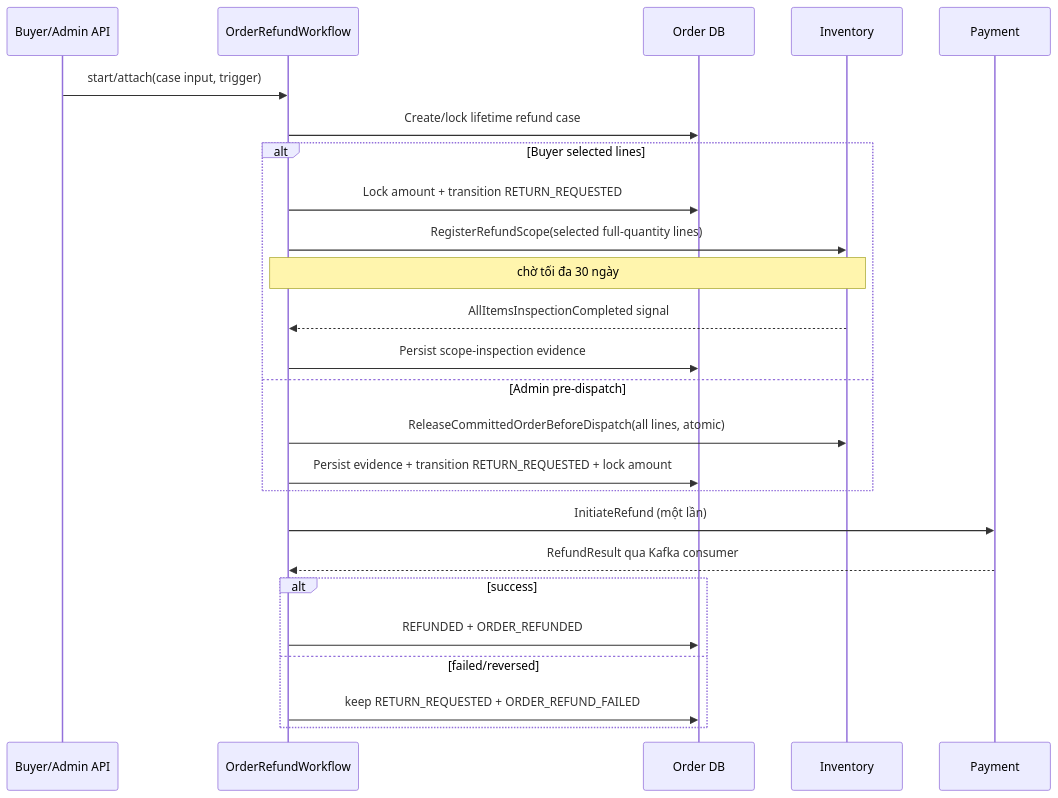
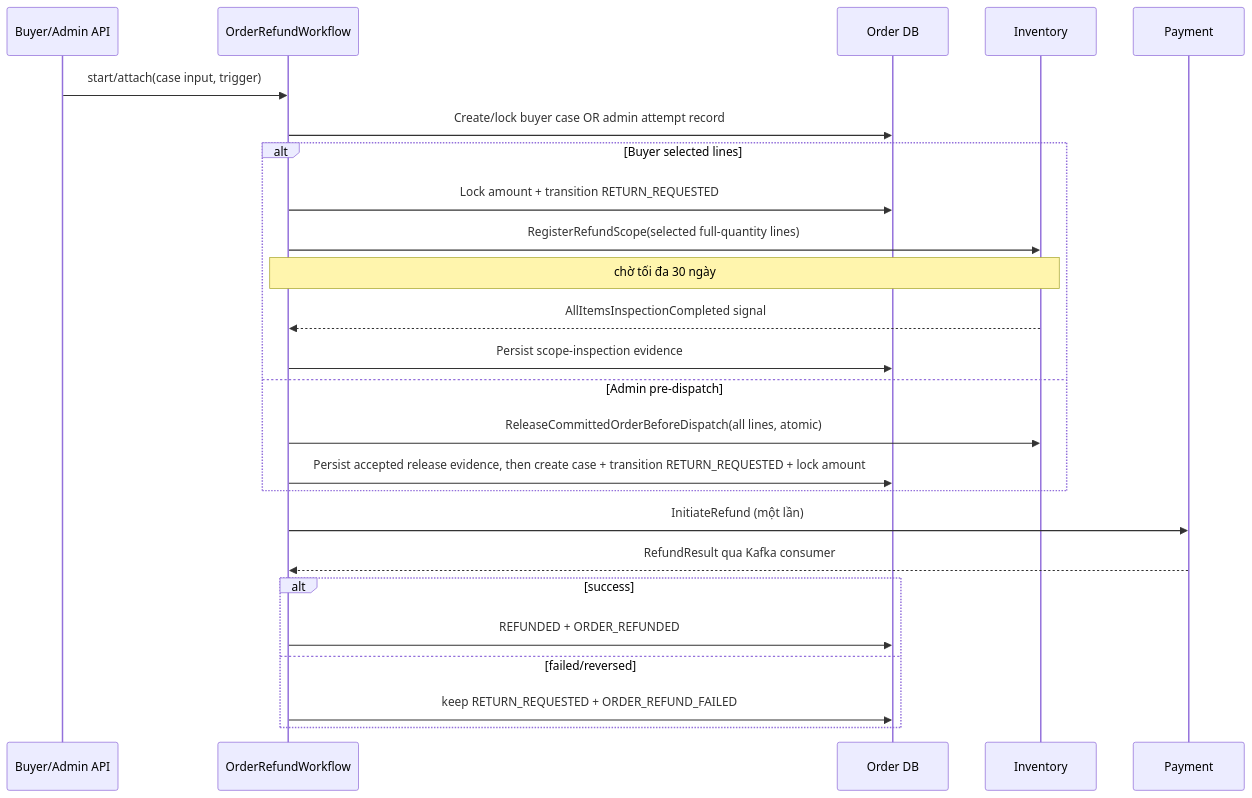
One commit to quangdung2110/e-commerce-microservices changed the second of 2 diagrams in docs/order/workflows.md. Above: the diagram before and after it, drawn with Mermaid. The commit also changed other lines of this file and 9 other files, not shown here.

````diff
--- a/docs/order/workflows.md
+++ b/docs/order/workflows.md
@@ -294,27 +316,27 @@
 ```mermaid
 sequenceDiagram
   participant A as Buyer/Admin API
   participant T as OrderRefundWorkflow
   participant O as Order DB
   participant I as Inventory
   participant P as Payment
   A->>T: start/attach(case input, trigger)
-  T->>O: Create/lock lifetime refund case
+  T->>O: Create/lock buyer case OR admin attempt record
   alt Buyer selected lines
     T->>O: Lock amount + transition RETURN_REQUESTED
     T->>I: RegisterRefundScope(selected full-quantity lines)
     Note over T,I: chờ tối đa 30 ngày
     I-->>T: AllItemsInspectionCompleted signal
     T->>O: Persist scope-inspection evidence
   else Admin pre-dispatch
     T->>I: ReleaseCommittedOrderBeforeDispatch(all lines, atomic)
-    T->>O: Persist evidence + transition RETURN_REQUESTED + lock amount
+    T->>O: Persist accepted release evidence, then create case + transition RETURN_REQUESTED + lock amount
   end
   T->>P: InitiateRefund (một lần)
   P-->>T: RefundResult qua Kafka consumer
   alt success
     T->>O: REFUNDED + ORDER_REFUNDED
   else failed/reversed
     T->>O: keep RETURN_REQUESTED + ORDER_REFUND_FAILED
   end
 ```
````
